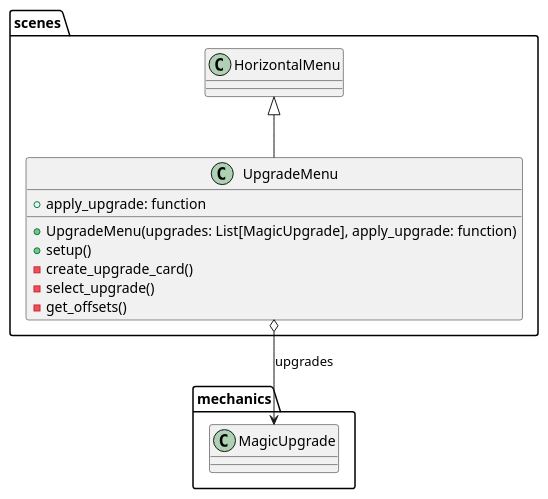
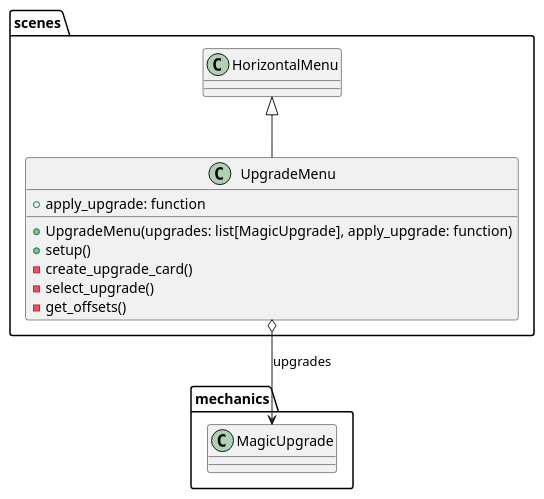
Before and after one commit to daavidrgz/galactic-gambit: the diagram in docs/diagrams/menus/upgrade_menu.pu, drawn with PlantUML. The commit also changed 8 other files, not shown here.

```diff
--- a/docs/diagrams/menus/upgrade_menu.pu
+++ b/docs/diagrams/menus/upgrade_menu.pu
@@ -1,15 +1,15 @@
 @startuml upgrade_menu
 
 class scenes.UpgradeMenu extends scenes.HorizontalMenu {
 	+ apply_upgrade: function
 
-	+ UpgradeMenu(upgrades: List[MagicUpgrade], apply_upgrade: function)
+	+ UpgradeMenu(upgrades: list[MagicUpgrade], apply_upgrade: function)
 	+ setup()
 	- create_upgrade_card()
 	- select_upgrade()
 	- get_offsets()
 }
 
 scenes.UpgradeMenu o--> mechanics.MagicUpgrade : upgrades
 
 @enduml
```
